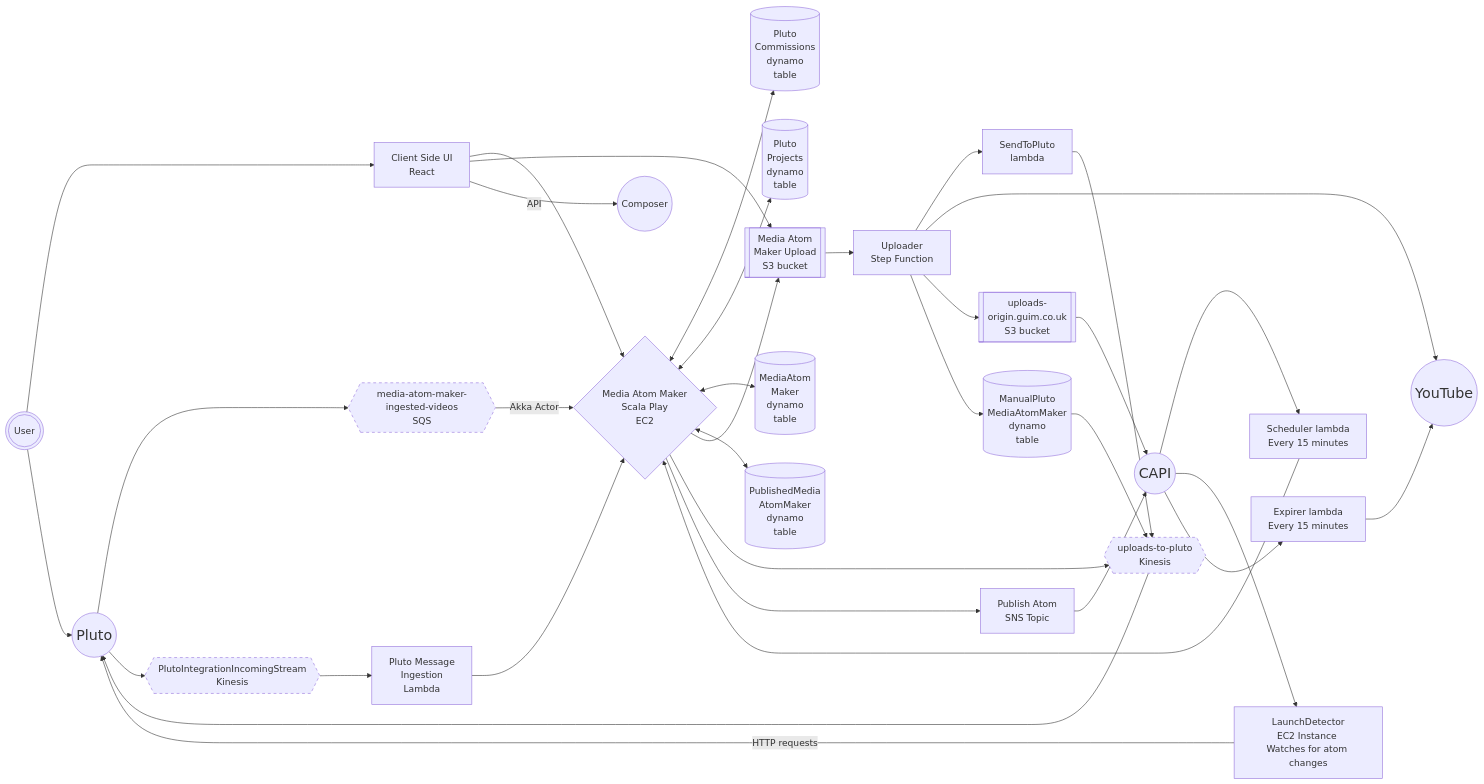
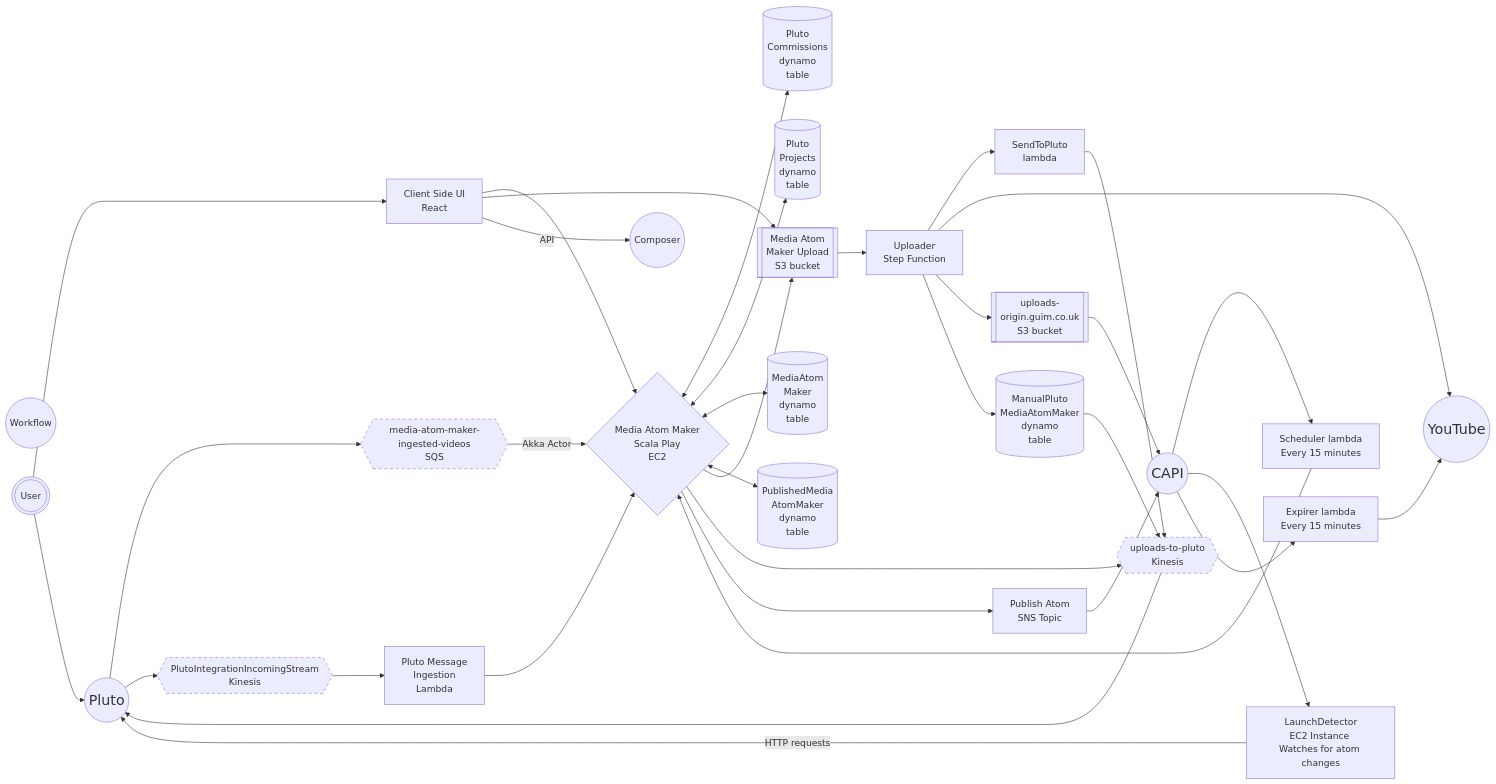
One commit to guardian/media-atom-maker changed the diagram in docs/10-architecture.md. Above: the diagram before and after it, drawn with Mermaid.

Commit message:
Add workflow node to architecture diagram

````diff
--- a/docs/10-architecture.md
+++ b/docs/10-architecture.md
@@ -5,50 +5,51 @@
 ```mermaid
 graph LR
     Pluto((Pluto)):::External
     YouTube((YouTube)):::External
     CAPI((CAPI)):::External
     Composer((Composer))
+    Workflow((Workflow))
     uploads-to-pluto{{uploads-to-pluto<br/>Kinesis}}:::Stream
     media-atom-maker-ingested-videos{{media-atom-maker-ingested-videos<br/>SQS}}:::Stream
     PlutoIntegrationIncomingStream{{PlutoIntegrationIncomingStream<br/>Kinesis}}:::Stream
     uploads-to-pluto --> Pluto
     Pluto --> media-atom-maker-ingested-videos
     Pluto --> PlutoIntegrationIncomingStream
     SendToPluto[SendToPluto<br/>lambda] --> uploads-to-pluto
     media-atom-maker-ingested-videos -->|Akka Actor| MediaAtomMaker{Media Atom Maker<br/>Scala Play<br/>EC2}
     PlutoIntegrationIncomingStream --> PlutoMessage[Pluto Message<br/>Ingestion<br/>Lambda]
     PlutoMessage --> MediaAtomMaker
     MediaAtomMaker <--> PlutoCommissions[(Pluto<br/>Commissions<br/>dynamo<br/>table)]
     MediaAtomMaker <--> PlutoProjects[(Pluto<br/>Projects<br/>dynamo<br/>table)]
     MediaAtomMaker <--> MediaAtomMakerProd[(MediaAtom<br/>Maker<br/>dynamo<br/>table)]
     MediaAtomMaker <--> PublishedMedia[(PublishedMedia<br/>AtomMaker<br/>dynamo<br/>table)]
     MediaAtomMaker --> MediaAtomMakerUpload[[Media Atom<br/>Maker Upload<br/>S3 bucket]]
     MediaAtomMaker --> uploads-to-pluto
     User(((User)))
     User --> ClientSide
     User --> Pluto
     ClientSide[Client Side UI<br/>React<br/>]
     ClientSide --> MediaAtomMaker
     ClientSide --> MediaAtomMakerUpload
     ClientSide -->|API| Composer
     MediaAtomMakerUpload --> Uploader
     Uploader[Uploader<br/>Step Function]
     Uploader --> SendToPluto
     Uploader --> YouTube
     Uploader --> UploadsOrigin[[uploads-<br/>origin.guim.co.uk<br/>S3 bucket]]
     Uploader --> ManualPluto[(ManualPluto<br/>MediaAtomMaker<br/>dynamo<br/>table)]
     ManualPluto --> uploads-to-pluto
     UploadsOrigin --> CAPI
     MediaAtomMaker --> PublishAtom[Publish Atom<br/>SNS Topic]
     Scheduler[Scheduler lambda<br/>Every 15 minutes]
     Scheduler --> MediaAtomMaker
     CAPI --> Scheduler
     CAPI --> LaunchDetector[LaunchDetector<br/>EC2 Instance <br/>Watches for atom changes]
     LaunchDetector -->|HTTP requests| Pluto
     PublishAtom --> CAPI
     Expirer[Expirer lambda<br/>Every 15 minutes]
     CAPI --> Expirer
     Expirer --> YouTube
     classDef External padding: 50px, width: 200px, font-size: 25px
     classDef Stream stroke-dasharray: 5 5
 ```
````
